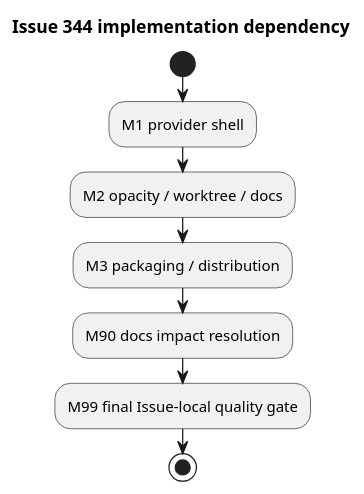
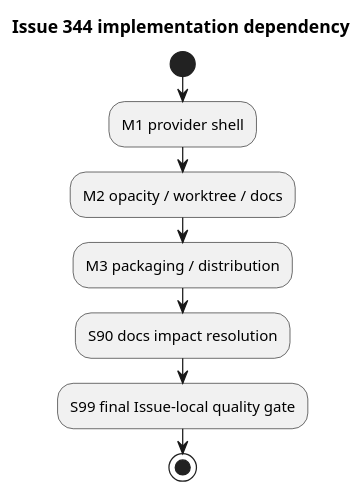
One commit to chemitaro/spec-dock changed the diagram in spec-dock/initiatives/init-local-00002-prototype-feature-expansion/epics/epic-00343-workbench-shell-and-explicit-file-artifact-import/issues/iss-00344-workbench-shell-scaffolding/plan.md. Above: the diagram before and after it, drawn with PlantUML. The commit also changed other lines of this file and 2 other files, not shown here.

````diff
--- a/spec-dock/initiatives/init-local-00002-prototype-feature-expansion/epics/epic-00343-workbench-shell-and-explicit-file-artifact-import/issues/iss-00344-workbench-shell-scaffolding/plan.md
+++ b/spec-dock/initiatives/init-local-00002-prototype-feature-expansion/epics/epic-00343-workbench-shell-and-explicit-file-artifact-import/issues/iss-00344-workbench-shell-scaffolding/plan.md
@@ -131,12 +132,12 @@
 ```plantuml
 @startuml
 title Issue 344 implementation dependency
 start
 :M1 provider shell;
 :M2 opacity / worktree / docs;
 :M3 packaging / distribution;
-:M90 docs impact resolution;
-:M99 final Issue-local quality gate;
+:S90 docs impact resolution;
+:S99 final Issue-local quality gate;
 stop
 @enduml
 ```
````
